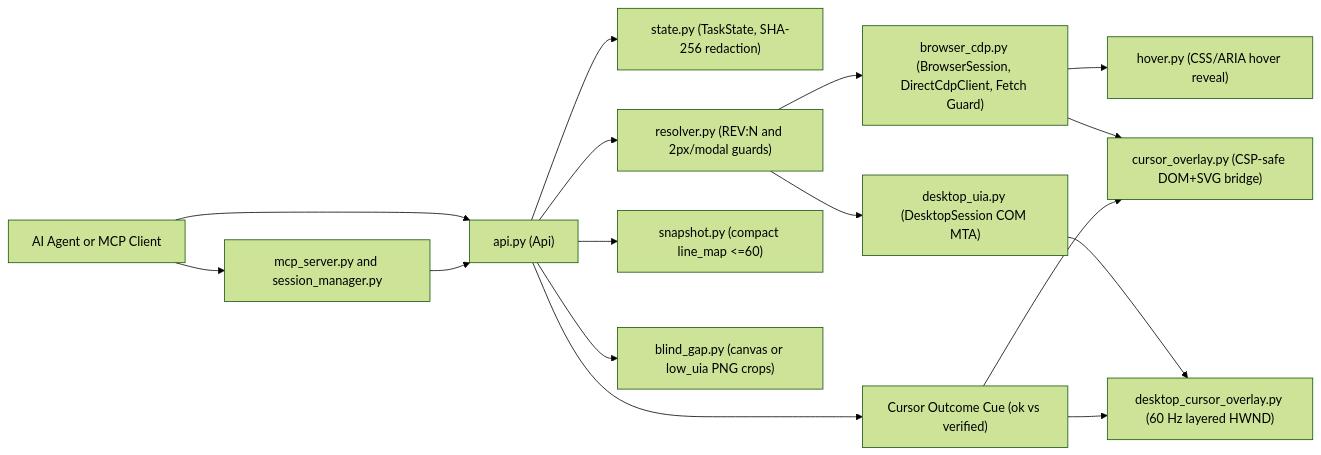
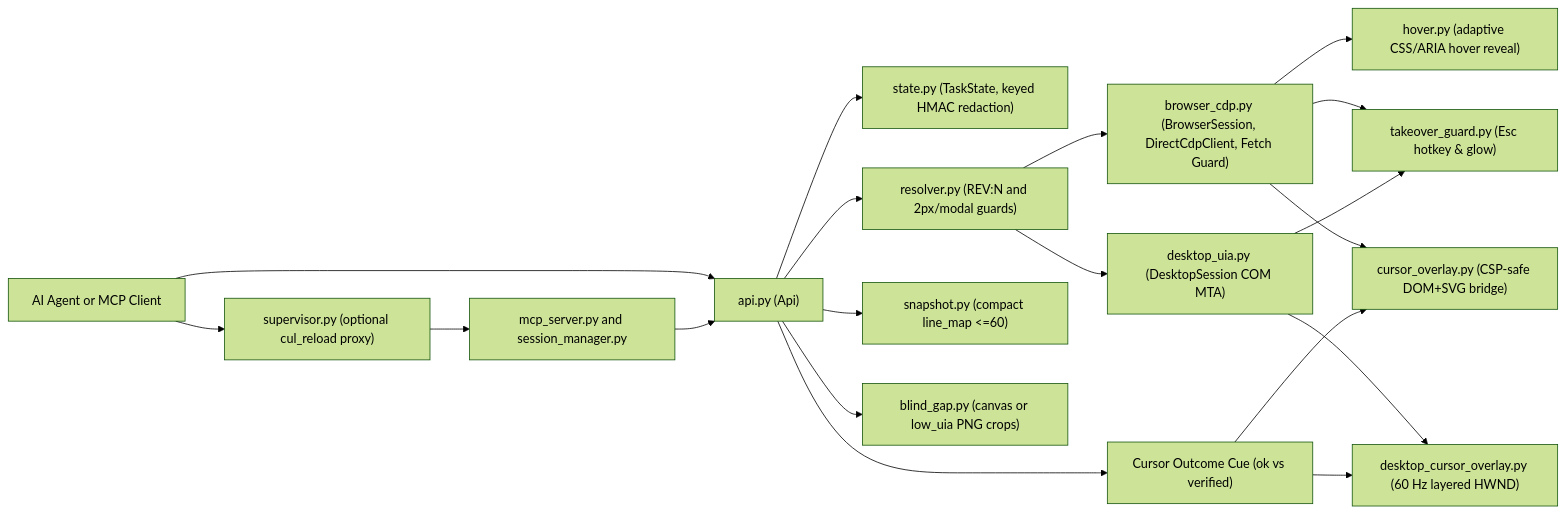
Before and after one commit to mohgomaa-art/computer-use-lite: the diagram in docs/ARCHITECTURE.md, drawn with Mermaid (forest theme). The commit also changed other lines of this file and 12 other files, not shown here.

Commit message:
docs(skills): align architecture, docs, and agent skill with 16-tool surface

````diff
--- a/docs/ARCHITECTURE.md
+++ b/docs/ARCHITECTURE.md
@@ -9,18 +9,21 @@
 ```mermaid
 flowchart LR
-    Agent["AI Agent or MCP Client"] --> MCP["mcp_server.py and session_manager.py"]
+    Agent["AI Agent or MCP Client"] --> Sup["supervisor.py (optional cul_reload proxy)"]
+    Sup --> MCP["mcp_server.py and session_manager.py"]
     Agent --> API["api.py (Api)"]
     MCP --> API
-    API --> State["state.py (TaskState, SHA-256 redaction)"]
+    API --> State["state.py (TaskState, keyed HMAC redaction)"]
     API --> Resolver["resolver.py (REV:N and 2px/modal guards)"]
     API --> Snap["snapshot.py (compact line_map <=60)"]
     API --> Blind["blind_gap.py (canvas or low_uia PNG crops)"]
     Resolver --> Browser["browser_cdp.py (BrowserSession, DirectCdpClient, Fetch Guard)"]
     Resolver --> Desktop["desktop_uia.py (DesktopSession COM MTA)"]
-    Browser --> Hover["hover.py (CSS/ARIA hover reveal)"]
+    Browser --> Hover["hover.py (adaptive CSS/ARIA hover reveal)"]
+    Browser --> Guard["takeover_guard.py (Esc hotkey & glow)"]
+    Desktop --> Guard
     Browser --> BOverlay["cursor_overlay.py (CSP-safe DOM+SVG bridge)"]
     Desktop --> DOverlay["desktop_cursor_overlay.py (60 Hz layered HWND)"]
     API --> Outcome["Cursor Outcome Cue (ok vs verified)"]
     Outcome --> BOverlay
     Outcome --> DOverlay
 ```
````
